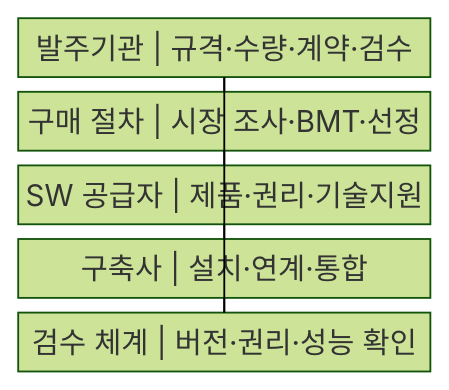
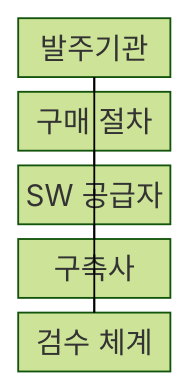
One commit to agnusdei1207/knowledge-base changed the first of 2 diagrams in src/content/docs/notes/03-software/193_sw_direct_purchase.md. Above: the diagram before and after it, drawn with Mermaid (forest theme). The commit also changed other lines of this file and 238 other files, not shown here.

````diff
--- a/src/content/docs/notes/03-software/193_sw_direct_purchase.md
+++ b/src/content/docs/notes/03-software/193_sw_direct_purchase.md
@@ -51,14 +51,14 @@
 ```mermaid
-block
+block-beta
     columns 1
-    A["발주기관 | 규격·수량·계약·검수"]
-    B["구매 절차 | 시장 조사·BMT·선정"]
-    C["SW 공급자 | 제품·권리·기술지원"]
-    D["구축사 | 설치·연계·통합"]
-    E["검수 체계 | 버전·권리·성능 확인"]
+    A["발주기관"]
+    B["구매 절차"]
+    C["SW 공급자"]
+    D["구축사"]
+    E["검수 체계"]
     A --- B
     B --- C
     A --- D
     C --- E
     D --- E
 ```
````
